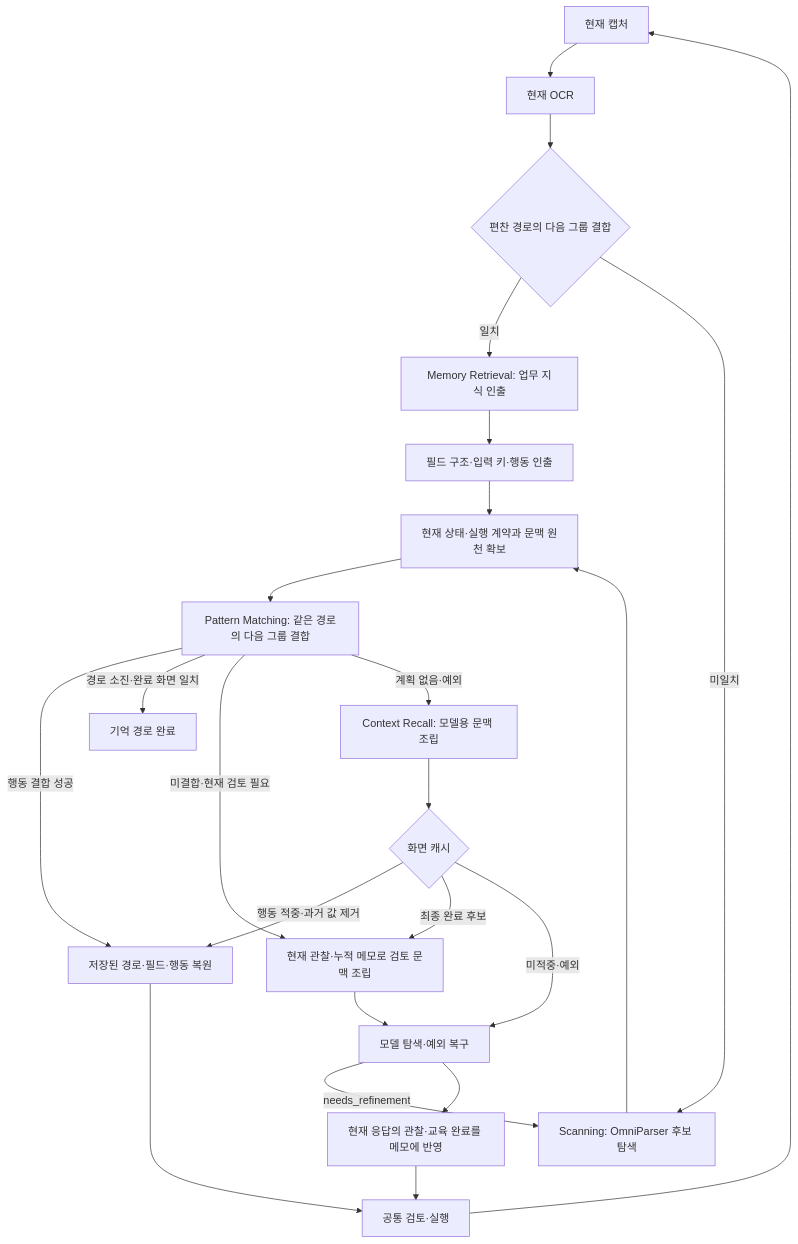
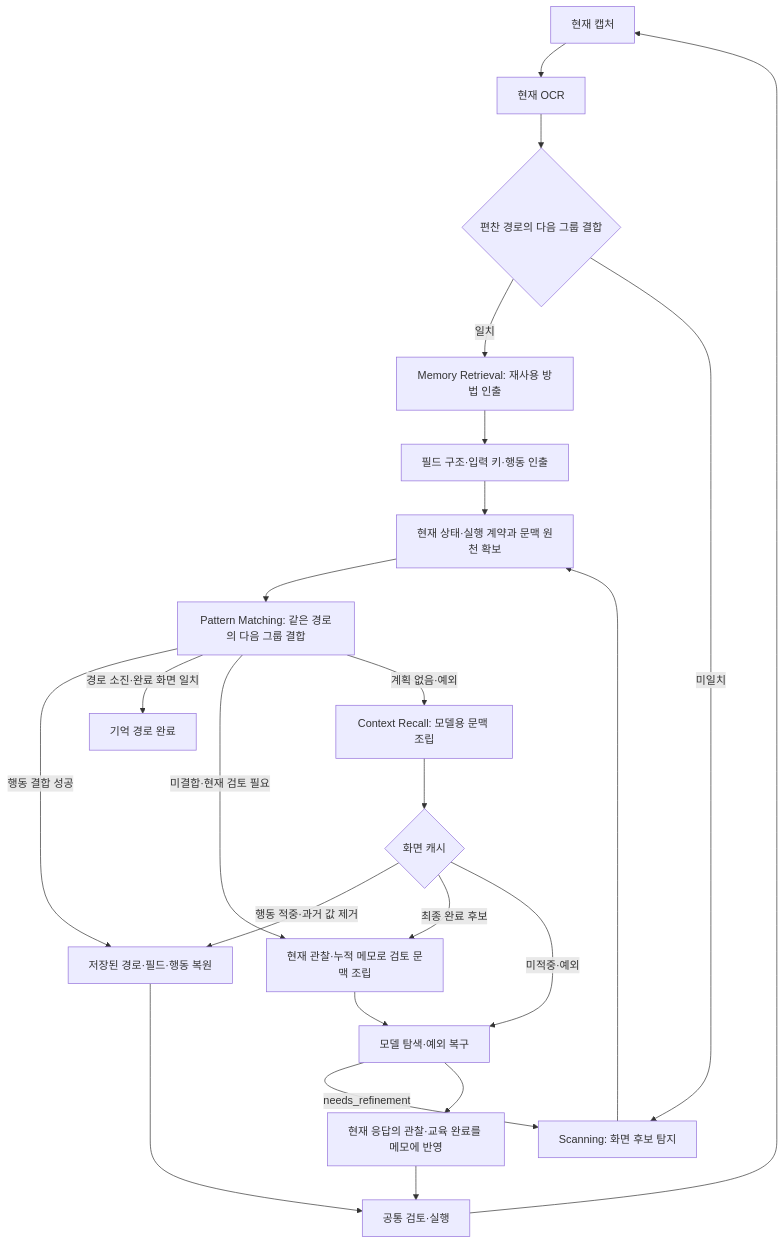
The third of 3 diagrams in docs/code-flow.md (Dreamtreeme/agent-sawon), drawn with Mermaid before and after one commit. The commit also changed other lines of this file and 45 other files, not shown here.

````diff
--- a/docs/code-flow.md
+++ b/docs/code-flow.md
@@ -71,25 +71,25 @@
 ```mermaid
 flowchart TD
     CAP[현재 캡처] --> TEXT[현재 OCR]
     TEXT --> SIM{편찬 경로의 다음 그룹 결합}
-    SIM -->|일치| MEM[Memory Retrieval: 업무 지식 인출]
-    SIM -->|미일치| SCAN[Scanning: OmniParser 후보 탐색]
+    SIM -->|일치| MEM[Memory Retrieval: 재사용 방법 인출]
+    SIM -->|미일치| SCAN[Scanning: 화면 후보 탐지]
     MEM --> STRUCTURE[필드 구조·입력 키·행동 인출]
     STRUCTURE --> STATE[현재 상태·실행 계약과 문맥 원천 확보]
     SCAN --> STATE
     STATE --> MATCH[Pattern Matching: 같은 경로의 다음 그룹 결합]
     MATCH -->|행동 결합 성공| RESTORE[저장된 경로·필드·행동 복원]
     MATCH -->|경로 소진·완료 화면 일치| FINISH[기억 경로 완료]
     MATCH -->|미결합·현재 검토 필요| CURRENT[현재 관찰·누적 메모로 검토 문맥 조립]
     MATCH -->|계획 없음·예외| RECALL[Context Recall: 모델용 문맥 조립]
     RECALL --> CACHE{화면 캐시}
     CACHE -->|행동 적중·과거 값 제거| RESTORE
     CACHE -->|최종 완료 후보| CURRENT
     CACHE -->|미적중·예외| DECIDE[모델 탐색·예외 복구]
     CURRENT --> DECIDE
     DECIDE -->|needs_refinement| SCAN
     DECIDE --> MEMO[현재 응답의 관찰·교육 완료를 메모에 반영]
     MEMO --> EXEC[공통 검토·실행]
     RESTORE --> EXEC
     EXEC --> CAP
 ```
````
